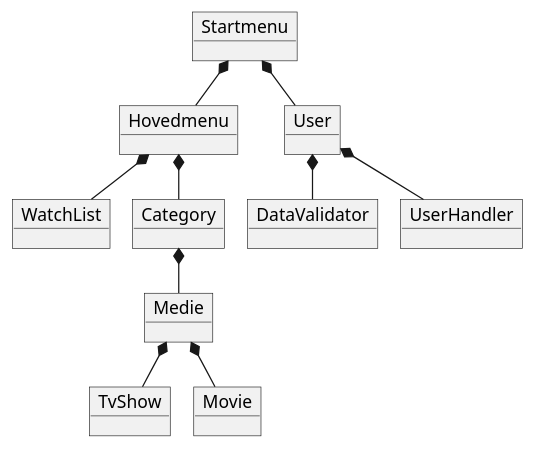
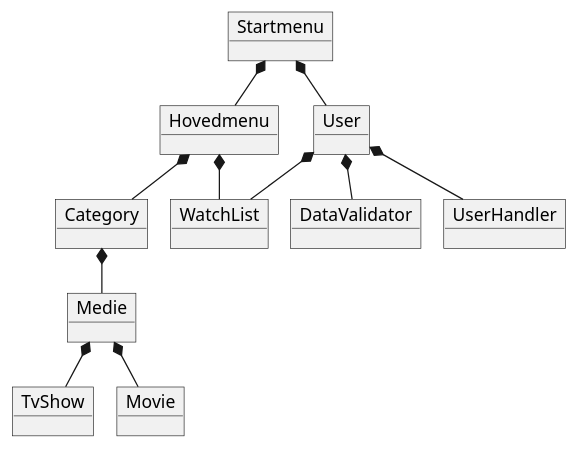
The diagram in doc/static/Domain_model.puml (PatrickPlease/SP3-Chillplease), drawn with PlantUML before and after one commit. The commit also changed 1 other file, not shown here.

```diff
--- a/doc/static/Domain_model.puml
+++ b/doc/static/Domain_model.puml
@@ -1,30 +1,31 @@
 @startuml
 !pragma layout smetana
 'nyt: carddeck - card
 
 object Startmenu
 object Hovedmenu
 object User
 object DataValidator
 object WatchList
 object Category
 object Medie
 object TvShow
 object Movie
 object UserHandler
 
 Startmenu *-- Hovedmenu
 Startmenu *-- User
 User *-- DataValidator
+User *-- WatchList
 Hovedmenu *-- WatchList
 Hovedmenu *-- Category
 User *-- UserHandler
 Category *-- Medie
 Medie *-- TvShow
 Medie *-- Movie
 
 
 
 
 
 @enduml
```
